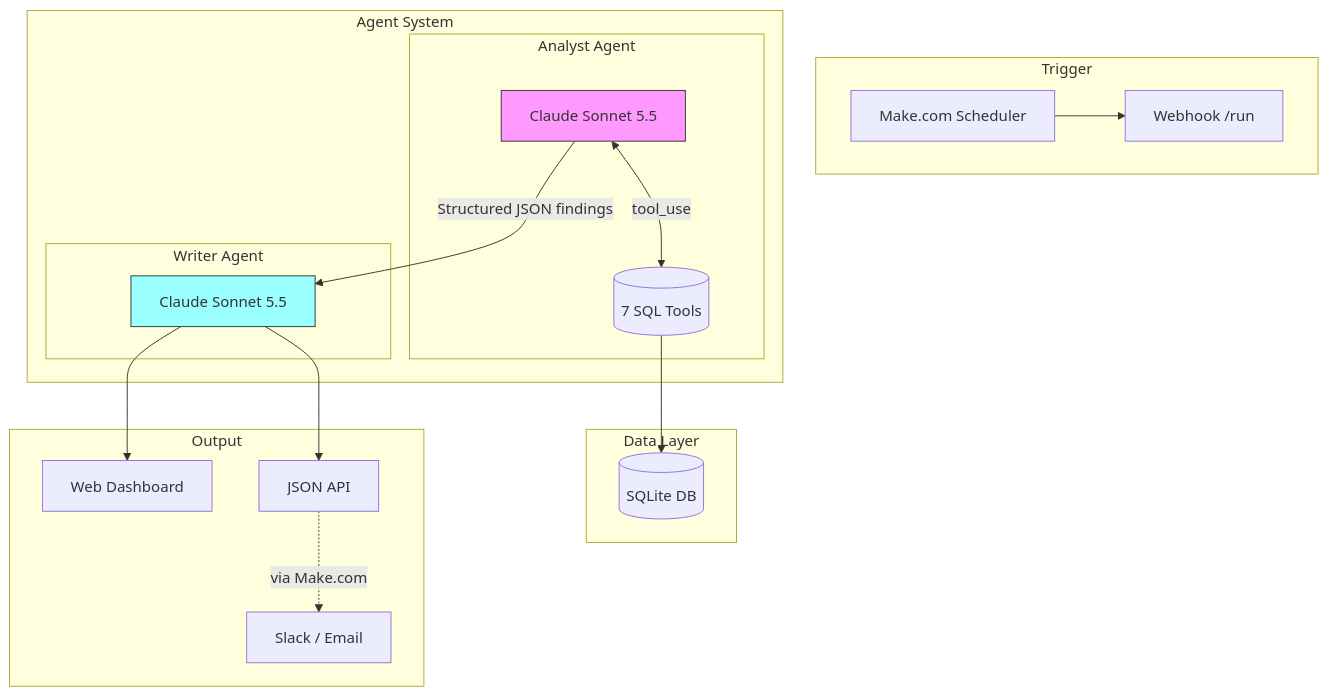
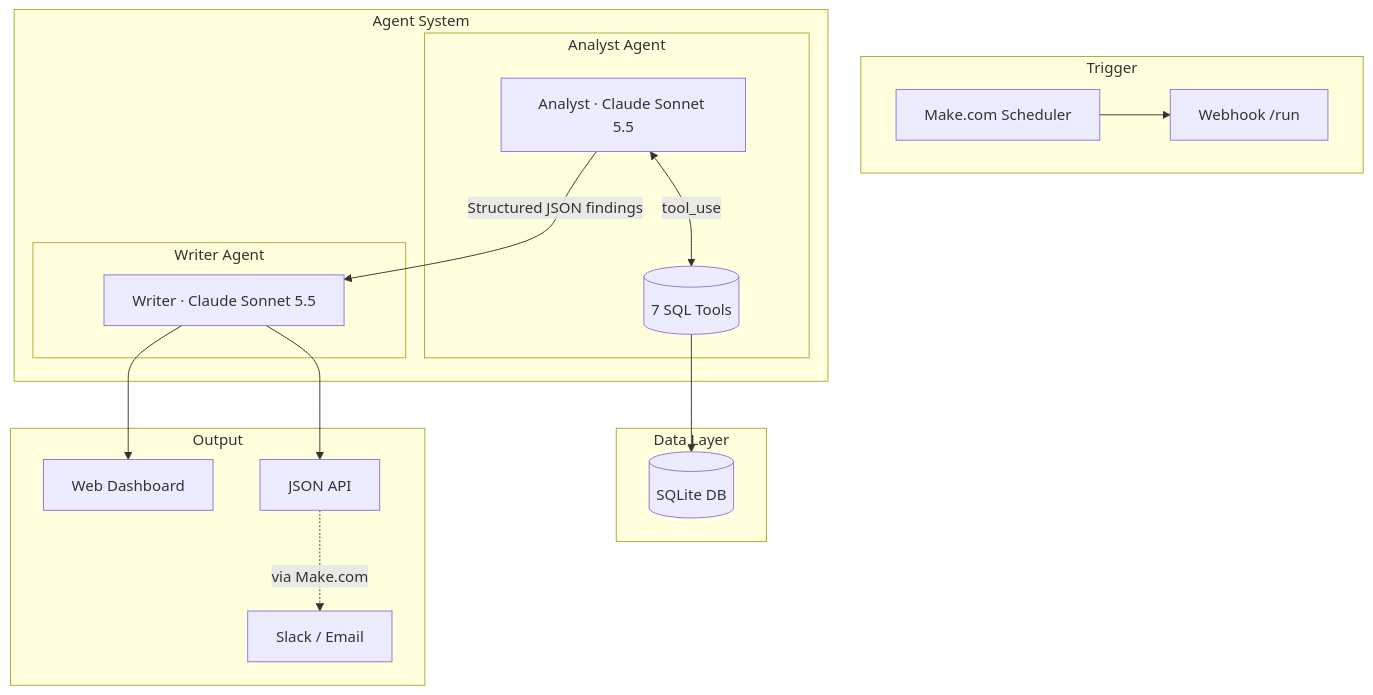
Before and after one commit to SmitHunter/Daily-Ops-Briefing: the diagram in README.md, drawn with Mermaid. The commit also changed other lines of this file and 1 other file, not shown here.

````diff
--- a/README.md
+++ b/README.md
@@ -39,40 +114,37 @@
 ```mermaid
 flowchart TB
     subgraph Trigger
         MAKE[Make.com Scheduler]
         WEBHOOK[Webhook /run]
     end
 
     subgraph "Agent System"
         subgraph "Analyst Agent"
-            ANALYST[Claude Sonnet 5.5]
+            ANALYST[Analyst · Claude Sonnet 5.5]
             TOOLS[(7 SQL Tools)]
             ANALYST <-->|tool_use| TOOLS
         end
         
         subgraph "Writer Agent"
-            WRITER[Claude Sonnet 5.5]
+            WRITER[Writer · Claude Sonnet 5.5]
         end
         
         ANALYST -->|Structured JSON findings| WRITER
     end
 
     subgraph "Data Layer"
         SQLITE[(SQLite DB)]
         TOOLS --> SQLITE
     end
 
     subgraph Output
         DASHBOARD[Web Dashboard]
         JSON[JSON API]
         SLACK[Slack / Email]
     end
 
     MAKE --> WEBHOOK
     WRITER --> DASHBOARD
     WRITER --> JSON
     JSON -.->|via Make.com| SLACK
-
-    style ANALYST fill:#f9f,stroke:#333
-    style WRITER fill:#9ff,stroke:#333
 ```
````
